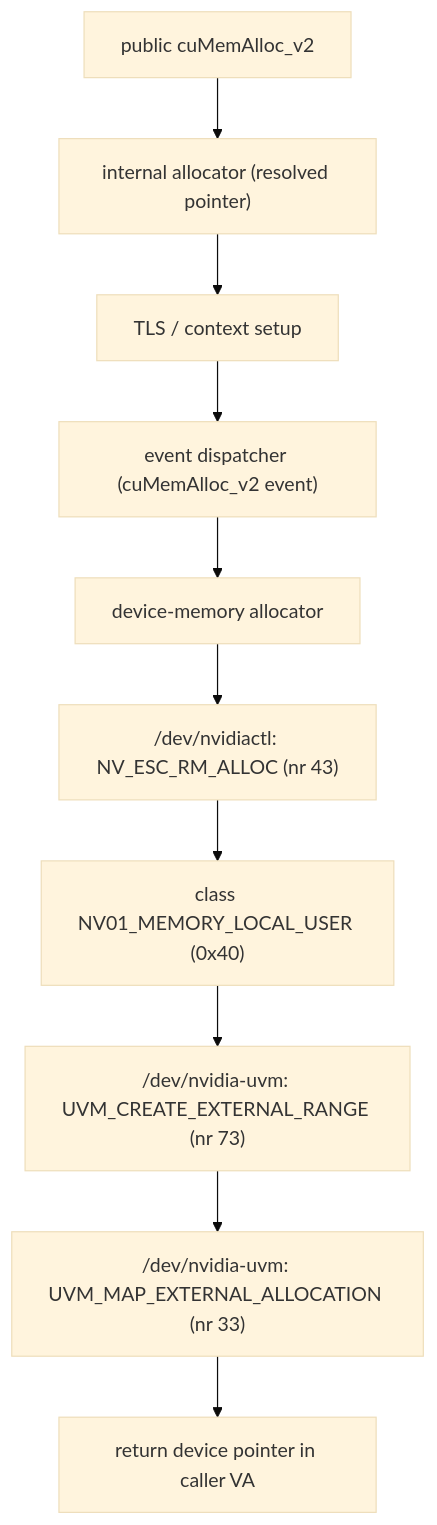
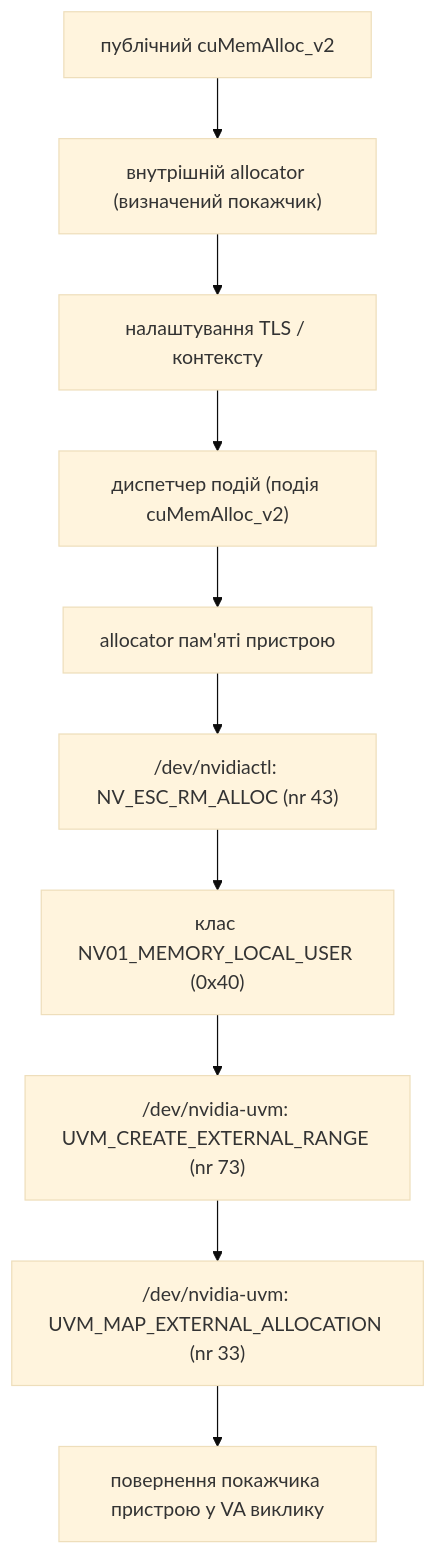
The first of 2 diagrams in docs/02-cuMemAlloc-and-launch.md (juv4uk/gp107-nvidia-re), drawn with Mermaid (base theme) before and after one commit. The commit also changed other lines of this file and 2 other files, not shown here.

````diff
--- a/docs/02-cuMemAlloc-and-launch.md
+++ b/docs/02-cuMemAlloc-and-launch.md
@@ -9,12 +9,12 @@
 ```mermaid
 flowchart TD
-    A["public cuMemAlloc_v2"] --> B["internal allocator (resolved pointer)"]
-    B --> C["TLS / context setup"]
-    C --> D["event dispatcher (cuMemAlloc_v2 event)"]
-    D --> E["device-memory allocator"]
+    A["публічний cuMemAlloc_v2"] --> B["внутрішній allocator (визначений покажчик)"]
+    B --> C["налаштування TLS / контексту"]
+    C --> D["диспетчер подій (подія cuMemAlloc_v2)"]
+    D --> E["allocator пам'яті пристрою"]
     E --> F["/dev/nvidiactl: NV_ESC_RM_ALLOC (nr 43)"]
-    F --> G["class NV01_MEMORY_LOCAL_USER (0x40)"]
+    F --> G["клас NV01_MEMORY_LOCAL_USER (0x40)"]
     G --> H["/dev/nvidia-uvm: UVM_CREATE_EXTERNAL_RANGE (nr 73)"]
     H --> I["/dev/nvidia-uvm: UVM_MAP_EXTERNAL_ALLOCATION (nr 33)"]
-    I --> J["return device pointer in caller VA"]
+    I --> J["повернення покажчика пристрою у VA виклику"]
 ```
````
